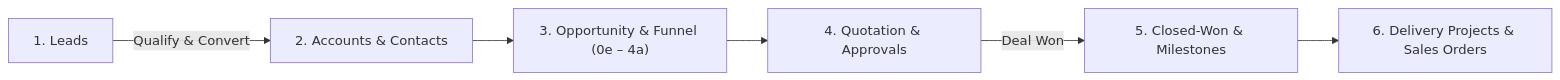
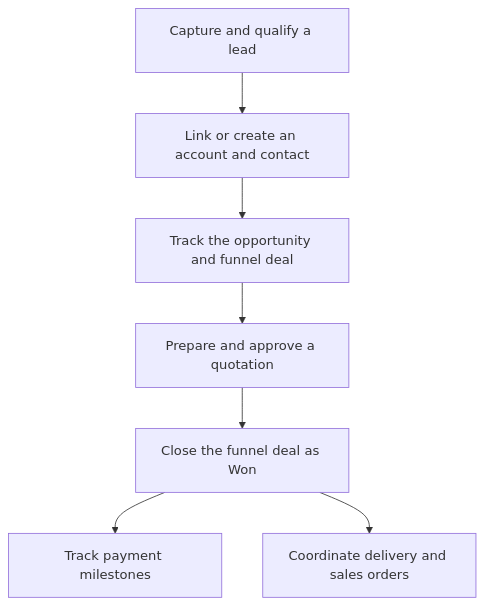
Before and after one commit to Super-ERP/crm-v2: the diagram in docs/user-guide/README.md, drawn with Mermaid. The commit also changed other lines of this file and 17 other files, not shown here.

````diff
--- a/docs/user-guide/README.md
+++ b/docs/user-guide/README.md
@@ -14,8 +33,9 @@
 ```mermaid
-flowchart LR
-    L["1. Leads"] -->|"Qualify & Convert"| AC["2. Accounts & Contacts"]
-    AC --> OP["3. Opportunity & Funnel (0e – 4a)"]
-    OP --> Q["4. Quotation & Approvals"]
-    Q -->|"Deal Won"| W["5. Closed-Won & Milestones"]
-    W --> P["6. Delivery Projects & Sales Orders"]
+flowchart TD
+    L["Capture and qualify a lead"] --> A["Link or create an account and contact"]
+    A --> F["Track the opportunity and funnel deal"]
+    F --> Q["Prepare and approve a quotation"]
+    Q --> W["Close the funnel deal as Won"]
+    W --> M["Track payment milestones"]
+    W --> P["Coordinate delivery and sales orders"]
 ```
````
